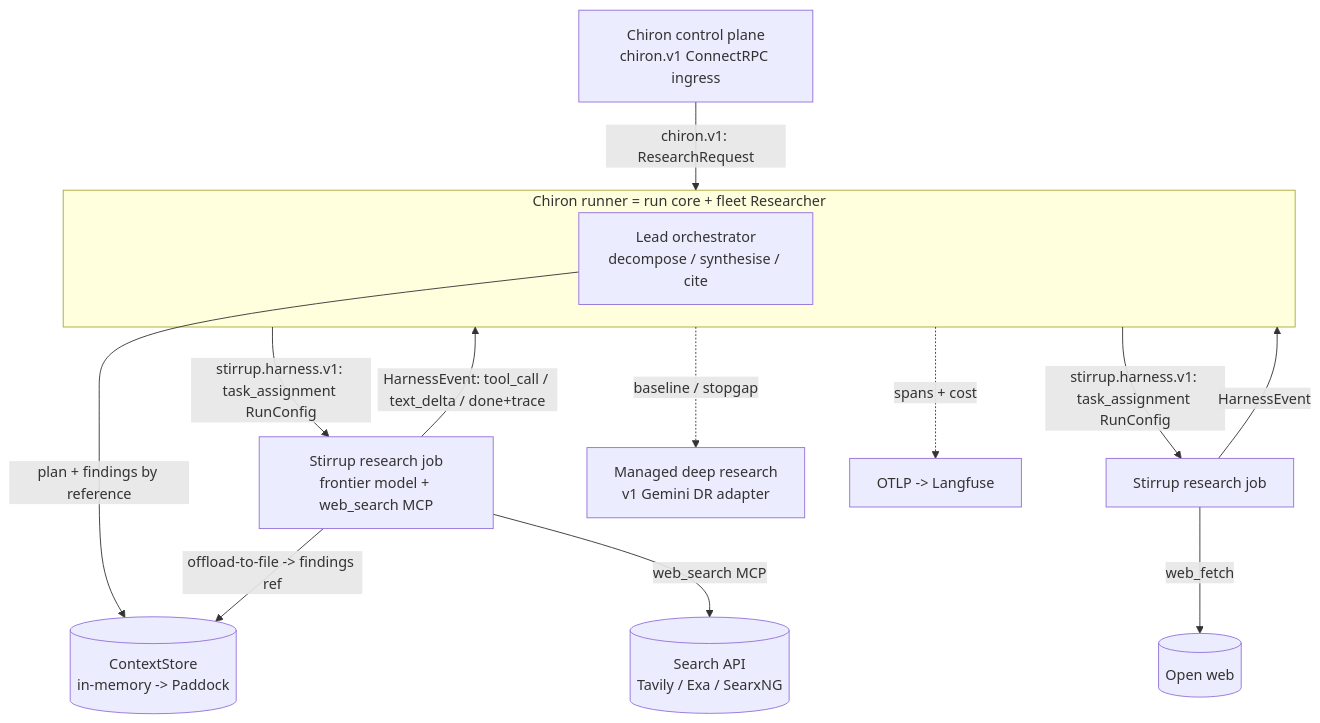
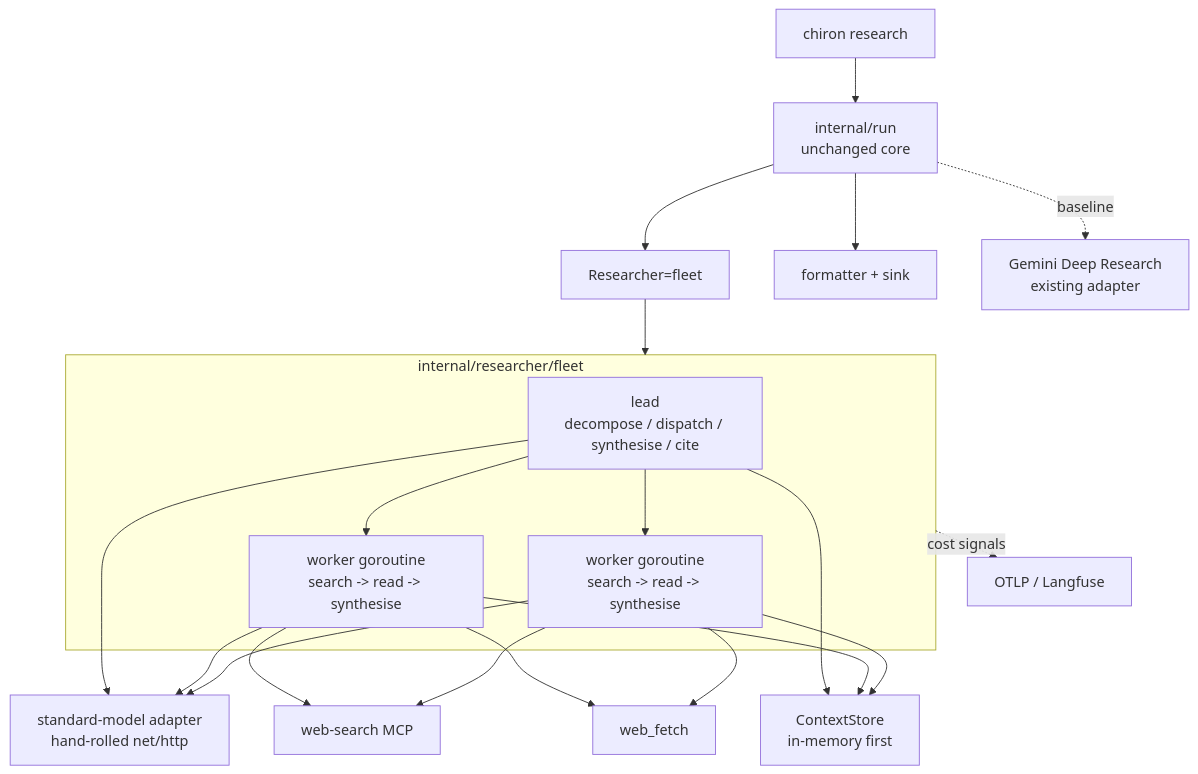
Before and after one commit to rxbynerd/chiron: the diagram in docs/V2-RESEARCH-AGENT.md, drawn with Mermaid. The commit also changed other lines of this file, not shown here.

Commit message:
plan re-write

````diff
--- a/docs/V2-RESEARCH-AGENT.md
+++ b/docs/V2-RESEARCH-AGENT.md
@@ -242,21 +107,28 @@
 ```mermaid
 flowchart TB
-  CP[Chiron control plane<br/>chiron.v1 ConnectRPC ingress] -->|chiron.v1: ResearchRequest| RUN
+  CLI[chiron research] --> RUN[internal/run<br/>unchanged core]
+  RUN --> R[Researcher=fleet]
 
-  subgraph RUN[Chiron runner = run core + fleet Researcher]
-    LEAD[Lead orchestrator<br/>decompose / synthesise / cite]
+  subgraph FLEET[internal/researcher/fleet]
+    LEAD[lead<br/>decompose / dispatch / synthesise / cite]
+    W1[worker goroutine<br/>search -> read -> synthesise]
+    W2[worker goroutine<br/>search -> read -> synthesise]
+    LEAD --> W1
+    LEAD --> W2
   end
 
-  RUN -->|stirrup.harness.v1: task_assignment RunConfig| W1[Stirrup research job<br/>frontier model + web_search MCP]
-  RUN -->|stirrup.harness.v1: task_assignment RunConfig| W2[Stirrup research job]
-  W1 -->|HarnessEvent: tool_call / text_delta / done+trace| RUN
-  W2 -->|HarnessEvent| RUN
-
-  W1 -->|web_search MCP| SRCH[(Search API<br/>Tavily / Exa / SearxNG)]
-  W2 -->|web_fetch| WEB[(Open web)]
-
-  LEAD -->|plan + findings by reference| CS[(ContextStore<br/>in-memory -> Paddock)]
-  W1 -->|offload-to-file -> findings ref| CS
-  RUN -. baseline / stopgap .-> MDR[Managed deep research<br/>v1 Gemini DR adapter]
-  RUN -. spans + cost .-> LF[OTLP -> Langfuse]
+  R --> FLEET
+  LEAD --> MODEL[standard-model adapter<br/>hand-rolled net/http]
+  W1 --> MODEL
+  W2 --> MODEL
+  W1 --> SEARCH[web-search MCP]
+  W2 --> SEARCH
+  W1 --> FETCH[web_fetch]
+  W2 --> FETCH
+  LEAD --> STORE[ContextStore<br/>in-memory first]
+  W1 --> STORE
+  W2 --> STORE
+  RUN --> FORMAT[formatter + sink]
+  RUN -. baseline .-> GEMINI[Gemini Deep Research<br/>existing adapter]
+  FLEET -. cost signals .-> TRACE[OTLP / Langfuse]
 ```
````
